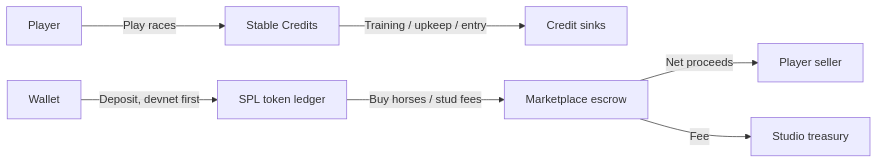
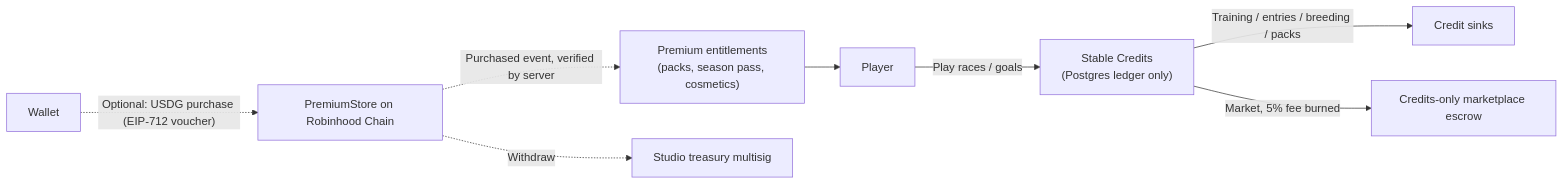
Before and after one commit to stephenclawdbot-png/ranch-game: the sixth of 7 diagrams in docs/architecture.md, drawn with Mermaid. The commit also changed other lines of this file and 7 other files, not shown here.

First line of the commit message:
Web3: Robinhood Chain research (docs/web3.md), Claude skills, architecture/roadmap updates

````diff
--- a/docs/architecture.md
+++ b/docs/architecture.md
@@ -120,9 +130,10 @@
 ```mermaid
 flowchart LR
-  Player -->|Play races| Credits[Stable Credits]
-  Credits -->|Training / upkeep / entry| Sink[Credit sinks]
-  Wallet -->|Deposit, devnet first| Token[SPL token ledger]
-  Token -->|Buy horses / stud fees| Market[Marketplace escrow]
-  Market -->|Net proceeds| Seller[Player seller]
-  Market -->|Fee| Studio[Studio treasury]
+  Player -->|Play races / goals| Credits["Stable Credits<br/>(Postgres ledger only)"]
+  Credits -->|Training / entries / breeding / packs| Sink[Credit sinks]
+  Credits -->|Market, 5% fee burned| Market[Credits-only marketplace escrow]
+  Wallet -.->|"Optional: USDG purchase (EIP-712 voucher)"| Store[PremiumStore on Robinhood Chain]
+  Store -.->|Purchased event, verified by server| Ent["Premium entitlements<br/>(packs, season pass, cosmetics)"]
+  Store -.->|Withdraw| Treasury[Studio treasury multisig]
+  Ent --> Player
 ```
````
